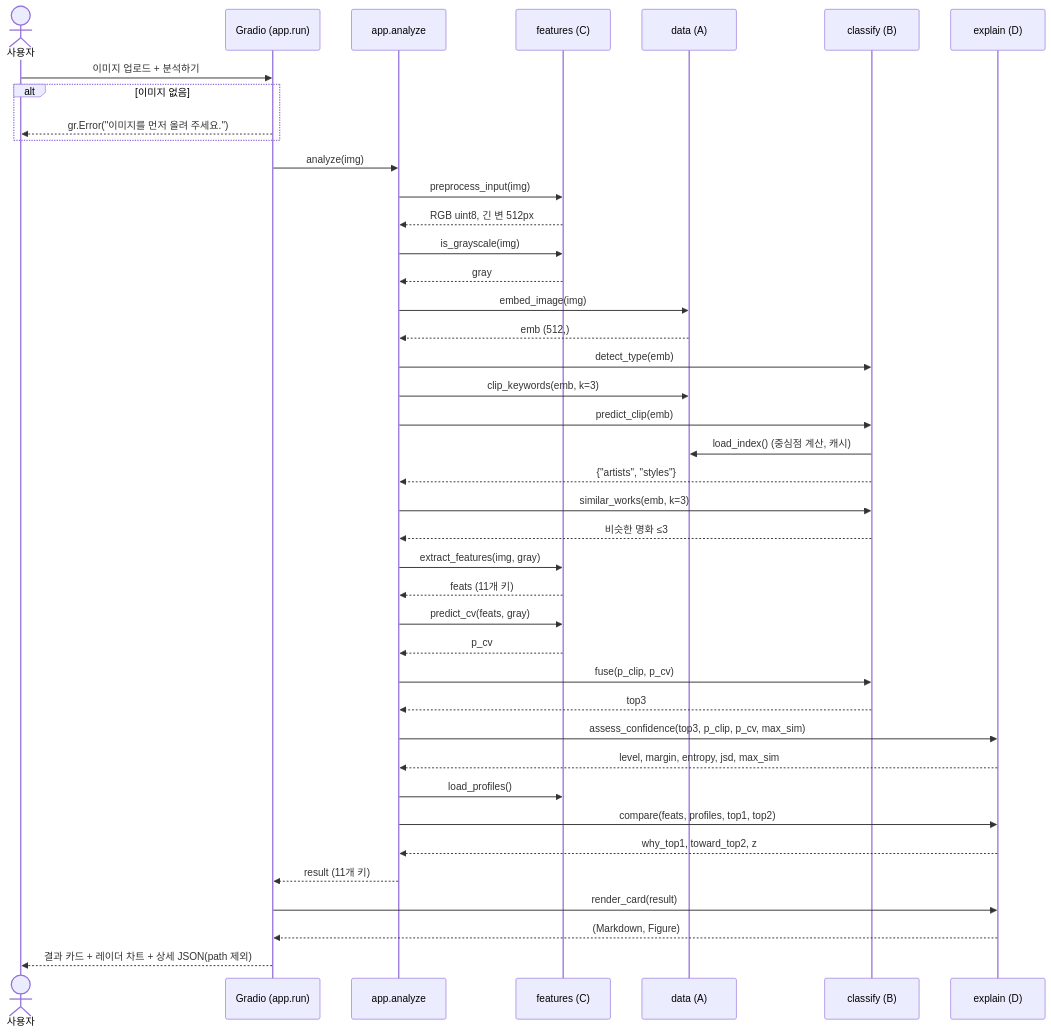
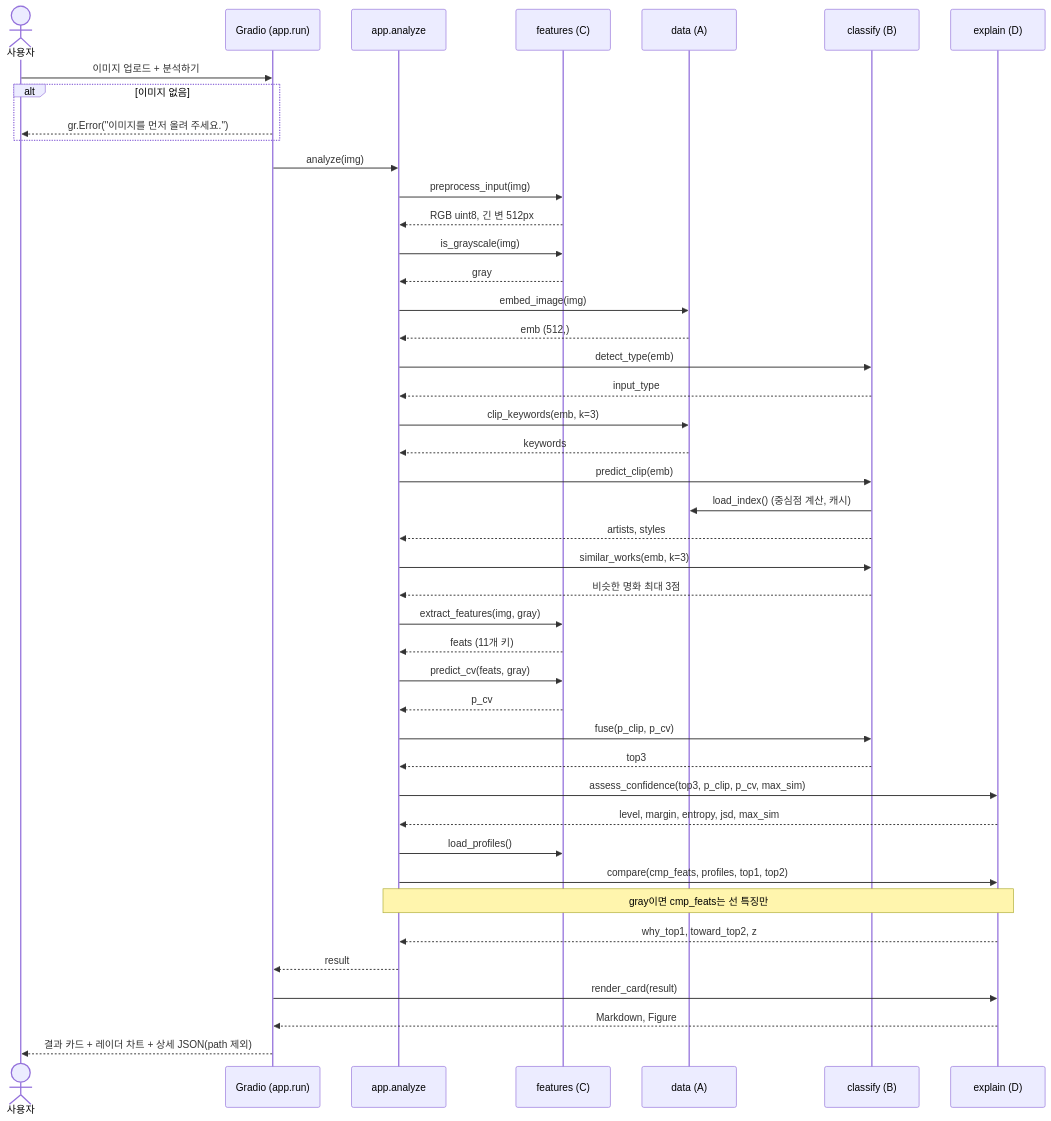
The second of 5 diagrams in aidlc/spaces/default/codekb/art-style-mirror/architecture.md (art-style-mirror-team/art-style-mirror), drawn with Mermaid before and after one commit. The commit also changed other lines of this file and 8 other files, not shown here.

````diff
--- a/aidlc/spaces/default/codekb/art-style-mirror/architecture.md
+++ b/aidlc/spaces/default/codekb/art-style-mirror/architecture.md
@@ -71,44 +91,47 @@
 ```mermaid
 sequenceDiagram
     actor U as 사용자
     participant G as Gradio (app.run)
     participant AN as app.analyze
     participant C as features (C)
     participant A as data (A)
     participant B as classify (B)
     participant D as explain (D)
 
     U->>G: 이미지 업로드 + 분석하기
     alt 이미지 없음
         G-->>U: gr.Error("이미지를 먼저 올려 주세요.")
     end
     G->>AN: analyze(img)
     AN->>C: preprocess_input(img)
     C-->>AN: RGB uint8, 긴 변 512px
     AN->>C: is_grayscale(img)
     C-->>AN: gray
     AN->>A: embed_image(img)
     A-->>AN: emb (512,)
     AN->>B: detect_type(emb)
+    B-->>AN: input_type
     AN->>A: clip_keywords(emb, k=3)
+    A-->>AN: keywords
     AN->>B: predict_clip(emb)
     B->>A: load_index() (중심점 계산, 캐시)
-    B-->>AN: {"artists", "styles"}
+    B-->>AN: artists, styles
     AN->>B: similar_works(emb, k=3)
-    B-->>AN: 비슷한 명화 ≤3
+    B-->>AN: 비슷한 명화 최대 3점
     AN->>C: extract_features(img, gray)
     C-->>AN: feats (11개 키)
     AN->>C: predict_cv(feats, gray)
     C-->>AN: p_cv
     AN->>B: fuse(p_clip, p_cv)
     B-->>AN: top3
     AN->>D: assess_confidence(top3, p_clip, p_cv, max_sim)
     D-->>AN: level, margin, entropy, jsd, max_sim
     AN->>C: load_profiles()
-    AN->>D: compare(feats, profiles, top1, top2)
+    AN->>D: compare(cmp_feats, profiles, top1, top2)
+    Note over AN,D: gray이면 cmp_feats는 선 특징만
     D-->>AN: why_top1, toward_top2, z
-    AN-->>G: result (11개 키)
+    AN-->>G: result
     G->>D: render_card(result)
-    D-->>G: (Markdown, Figure)
+    D-->>G: Markdown, Figure
     G-->>U: 결과 카드 + 레이더 차트 + 상세 JSON(path 제외)
 ```
````
